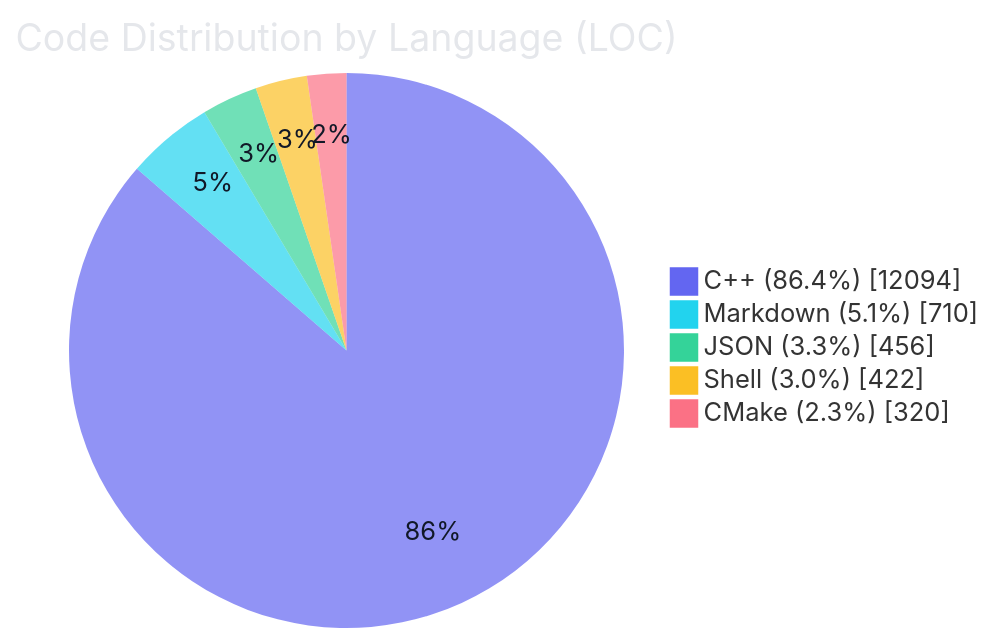
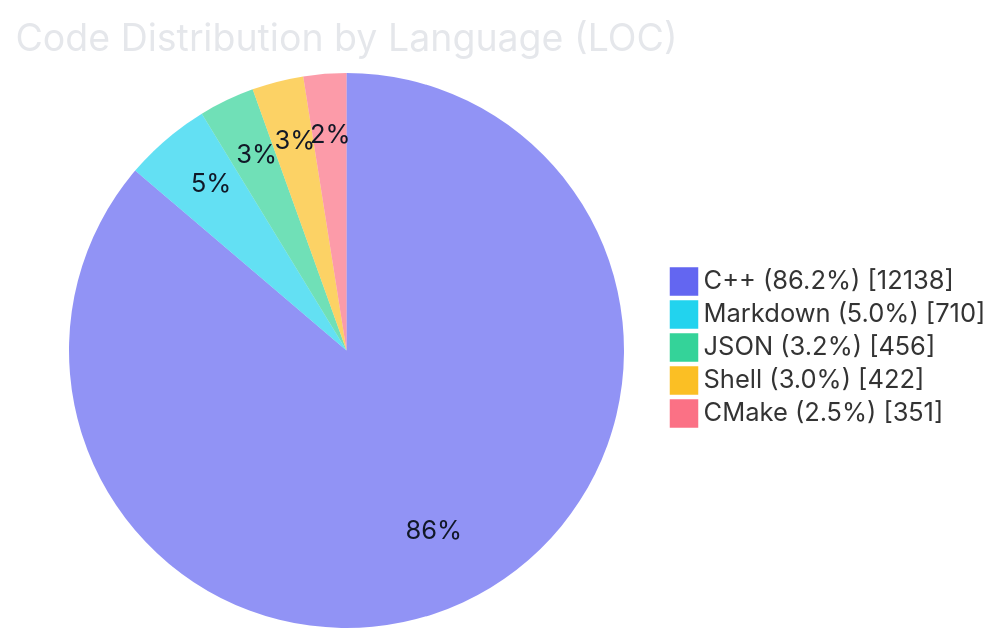
Before and after one commit to sublimit1736/term4k_sub: the diagram in README.md, drawn with Mermaid. The commit also changed other lines of this file and 3 other files, not shown here.

````diff
--- a/README.md
+++ b/README.md
@@ -55,10 +55,10 @@
 ```mermaid
 %%{init: {'theme': 'base', 'themeVariables': {'fontFamily': 'Fira Code, JetBrains Mono, Source Code Pro, Cascadia Code, Menlo, Consolas, monospace', 'pieTitleTextColor': '#e5e7eb', 'pieSectionTextColor': '#111827', 'pieOuterStrokeColor': 'transparent', 'pieOuterStrokeWidth': '0px', 'pieStrokeColor': 'transparent', 'pieStrokeWidth': '0px', 'pie1': '#6366f1', 'pie2': '#22d3ee', 'pie3': '#34d399', 'pie4': '#fbbf24', 'pie5': '#fb7185', 'pie6': '#a78bfa'}}}%%
 pie showData
     title Code Distribution by Language (LOC)
-    "C++ (86.4%)" : 12094
-    "Markdown (5.1%)" : 710
-    "JSON (3.3%)" : 456
+    "C++ (86.2%)" : 12138
+    "Markdown (5.0%)" : 710
+    "JSON (3.2%)" : 456
     "Shell (3.0%)" : 422
-    "CMake (2.3%)" : 320
+    "CMake (2.5%)" : 351
 ```
````
